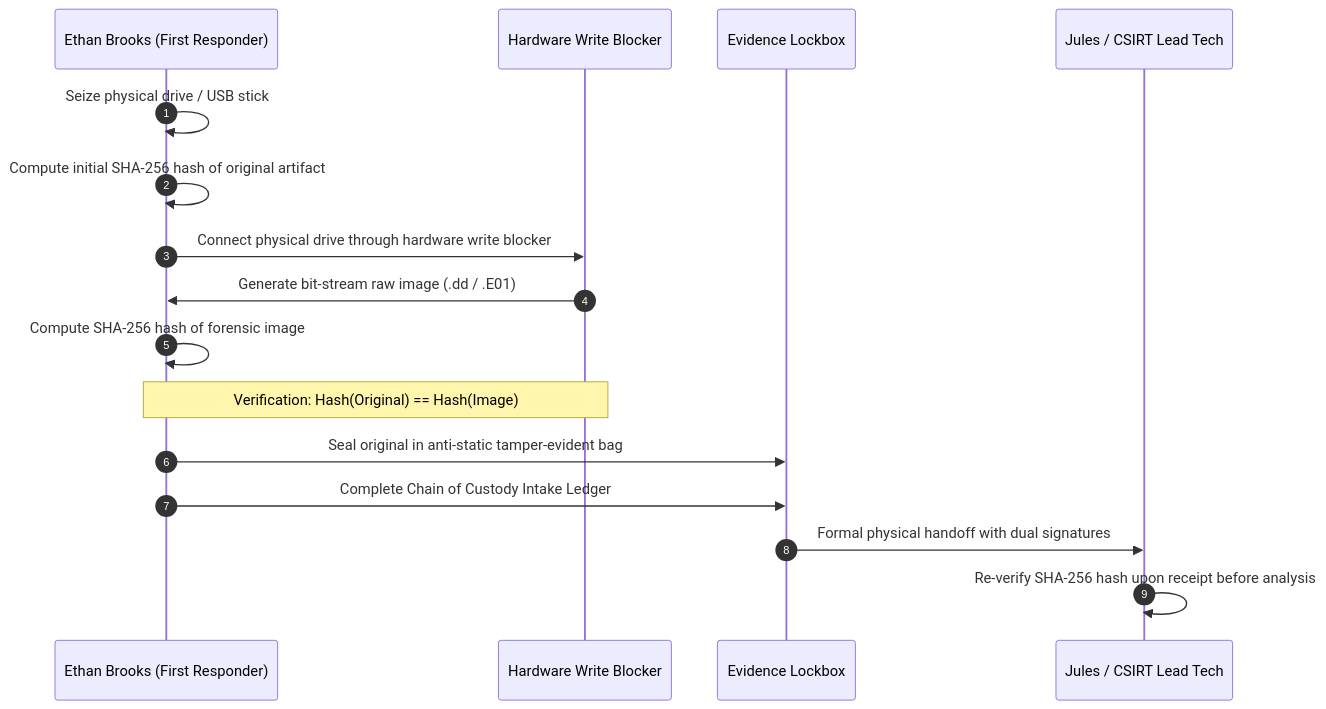
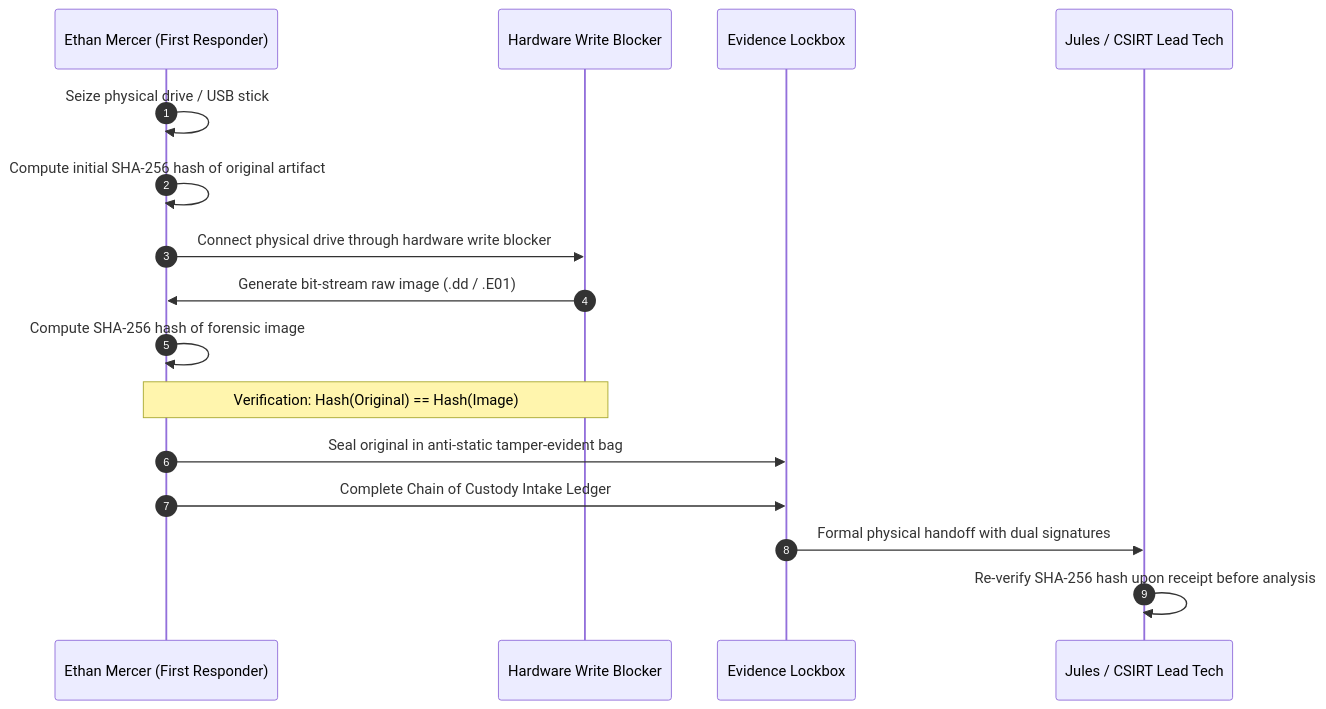
Before and after one commit to cwarloe/learning-narrative-kit: the third of 3 diagrams in docs/portland-desk/workbench/12-when-the-ticket-escalates.md, drawn with Mermaid. The commit also changed other lines of this file and 112 other files, not shown here.

First line of the commit message:
Continuity with NADF: Ethan Mercer, Jules Brooks; restore the bridge

````diff
--- a/docs/portland-desk/workbench/12-when-the-ticket-escalates.md
+++ b/docs/portland-desk/workbench/12-when-the-ticket-escalates.md
@@ -168,19 +168,19 @@
 ```mermaid
 sequenceDiagram
     autonumber
-    participant Ethan as Ethan Brooks (First Responder)
+    participant Ethan as Ethan Mercer (First Responder)
     participant HW as Hardware Write Blocker
     participant Evidence as Evidence Lockbox
     participant SOC as Jules / CSIRT Lead Tech
 
     Ethan->>Ethan: Seize physical drive / USB stick
     Ethan->>Ethan: Compute initial SHA-256 hash of original artifact
     Ethan->>HW: Connect physical drive through hardware write blocker
     HW->>Ethan: Generate bit-stream raw image (.dd / .E01)
     Ethan->>Ethan: Compute SHA-256 hash of forensic image
     Note over Ethan,HW: Verification: Hash(Original) == Hash(Image)
     Ethan->>Evidence: Seal original in anti-static tamper-evident bag
     Ethan->>Evidence: Complete Chain of Custody Intake Ledger
     Evidence->>SOC: Formal physical handoff with dual signatures
     SOC->>SOC: Re-verify SHA-256 hash upon receipt before analysis
 ```
````
